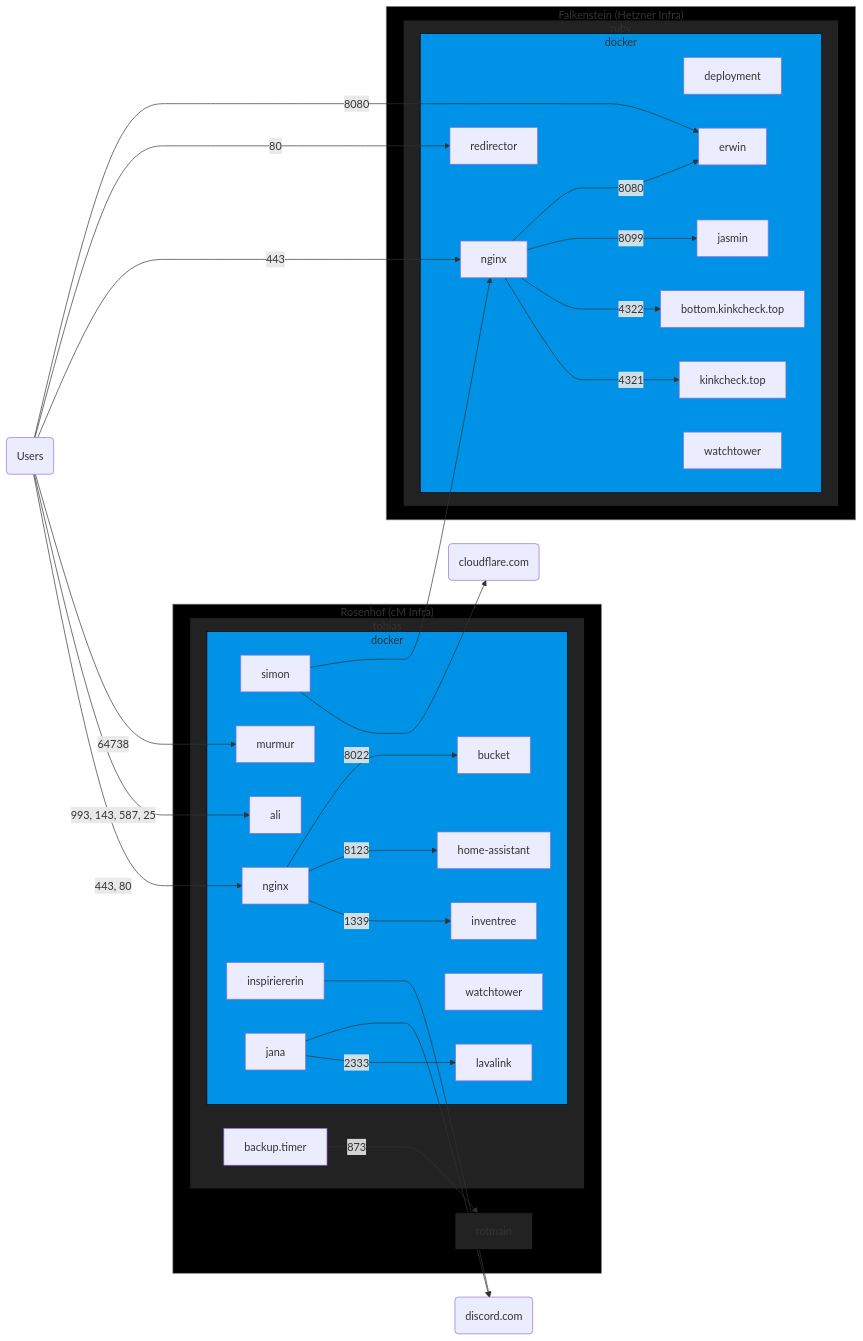
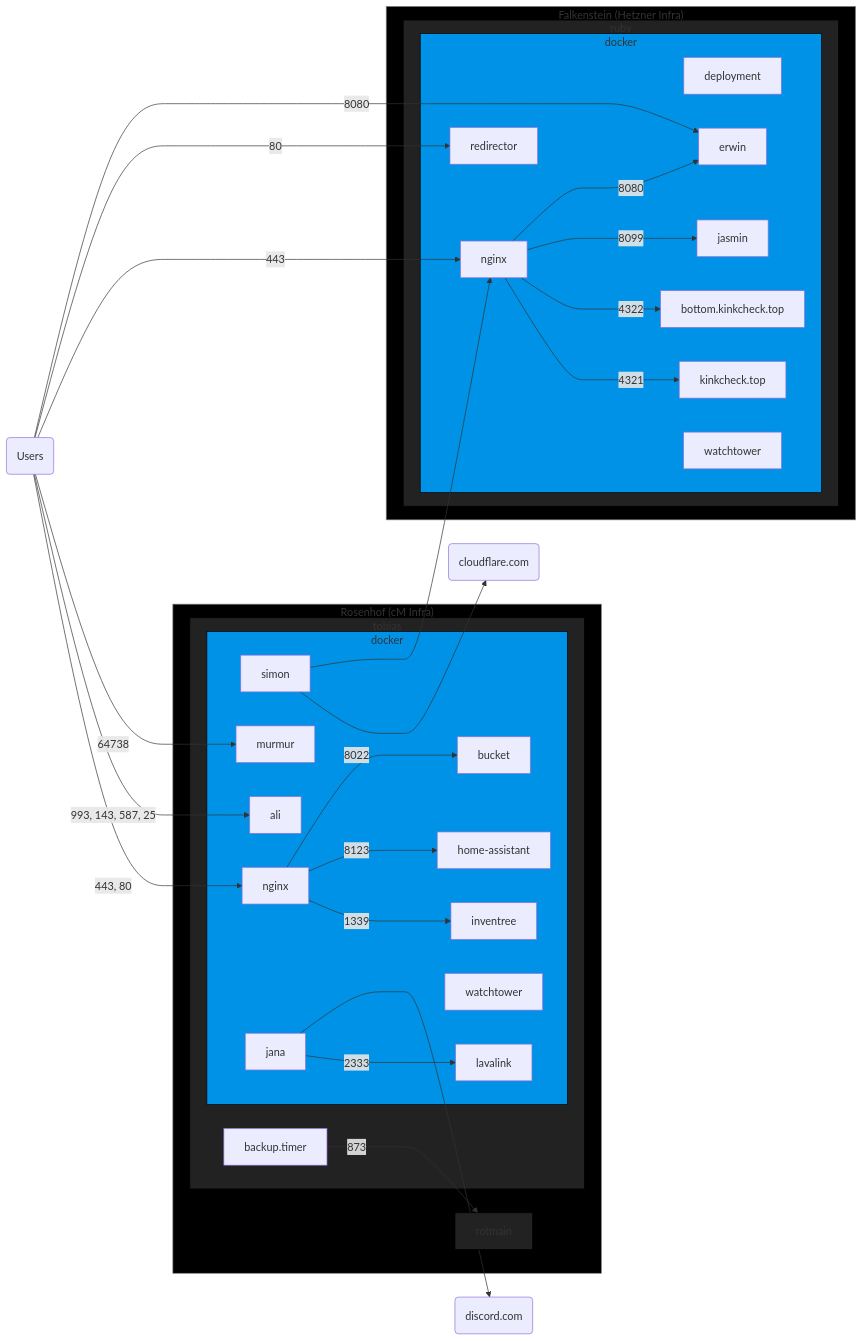
The diagram in README.md (chrissxMedia/chrissx.de.conf.sh), drawn with Mermaid before and after one commit. The commit also changed other lines of this file, not shown here.

```diff
--- a/README.md
+++ b/README.md
@@ -21,7 +21,6 @@
       inventree
       bucket
       watchtowertobias[watchtower]
-      inspiriererin
       jana -- 2333 --> lavalink
     end
     backup.timer
@@ -63,7 +62,6 @@
 internet -- 80 --> redirector
 internet -- 8080 --> erwin
 discord(discord.com)
-inspiriererin --> discord
 jana --> discord
 
 classDef docker fill:#0092e7,stroke:#000
@@ -78,17 +76,13 @@
 class rotmain server
 class ruby server
 
-click tor-proxy "https://github.com/pixelcmtd/docker-containers/tree/master/tor-proxy" _blank
 click simon "https://github.com/chrissxMedia/chrissx.de.conf.sh/tree/master/simon" _blank
 click ali "https://github.com/chrissxMedia/chrissx.de.conf.sh/tree/master/ali" _blank
 click murmur "https://github.com/mumble-voip/mumble-docker" _blank
-click minecraft "https://github.com/itzg/docker-minecraft-server" _blank
 click home-assistant "https://github.com/home-assistant/core" _blank
 click inventree "https://docs.inventree.org/en/latest/start/docker/" _blank
 click bucket "https://github.com/pixelcmtd/bucket" _blank
 click watchtowertobias "https://containrrr.dev/watchtower/" _blank
-click aggregamus "https://github.com/Ampless/aggregamus" _blank
-click inspiriererin "https://github.com/pixelcmtd/Inspiriererin" _blank
 click jana "https://github.com/chrissxMedia/jana" _blank
 click lavalink "https://github.com/lavalink-devs/Lavalink/pkgs/container/lavalink" _blank
 click redirector "https://github.com/chrissxMedia/redirector" _blank
```
